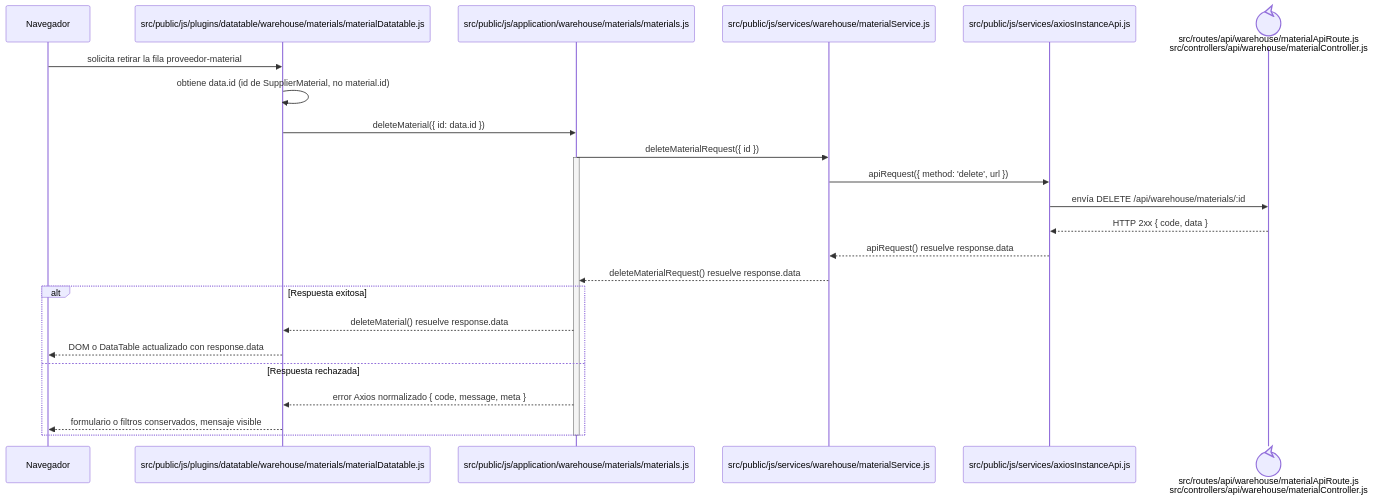
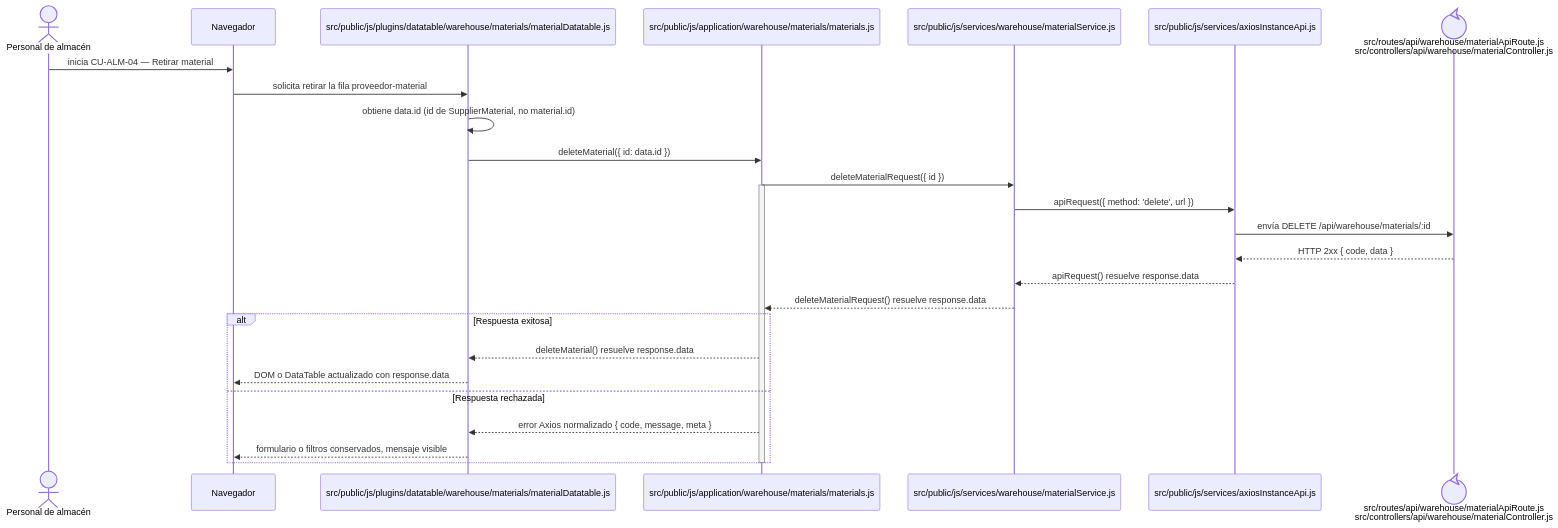
Before and after one commit to gpgsistemas01/nexus: the diagram in docs/architecture/frontend-code-sequences/catalogs/cu-alm-04.md, drawn with Mermaid. The commit also changed 105 other files, not shown here.

````diff
--- a/docs/architecture/frontend-code-sequences/catalogs/cu-alm-04.md
+++ b/docs/architecture/frontend-code-sequences/catalogs/cu-alm-04.md
@@ -6,28 +6,30 @@
 ```mermaid
 sequenceDiagram
+    actor Initiator as Personal de almacén
     participant Browser as Navegador
     participant View as src/public/js/plugins/datatable/warehouse/materials/materialDatatable.js
     participant Application as src/public/js/application/warehouse/materials/materials.js
     participant Request as src/public/js/services/warehouse/materialService.js
     participant HTTP as src/public/js/services/axiosInstanceApi.js
     participant Transport@{ "type": "control" } as src/routes/api/warehouse/materialApiRoute.js<br/>src/controllers/api/warehouse/materialController.js
 
+    Initiator->>Browser: inicia CU-ALM-04 — Retirar material
     Browser->>View: solicita retirar la fila proveedor-material
     View->>View: obtiene data.id (id de SupplierMaterial, no material.id)
     View->>Application: deleteMaterial({ id: data.id })
     Application->>Request: deleteMaterialRequest({ id })
     activate Application
     Request->>HTTP: apiRequest({ method: 'delete', url })
     HTTP->>Transport: envía DELETE /api/warehouse/materials/:id
     Transport-->>HTTP: HTTP 2xx { code, data }
     HTTP-->>Request: apiRequest() resuelve response.data
     Request-->>Application: deleteMaterialRequest() resuelve response.data
     alt Respuesta exitosa
         Application-->>View: deleteMaterial() resuelve response.data
         View-->>Browser: DOM o DataTable actualizado con response.data
     else Respuesta rechazada
         Application-->>View: error Axios normalizado { code, message, meta }
         View-->>Browser: formulario o filtros conservados, mensaje visible
     end
     deactivate Application
 ```
````
